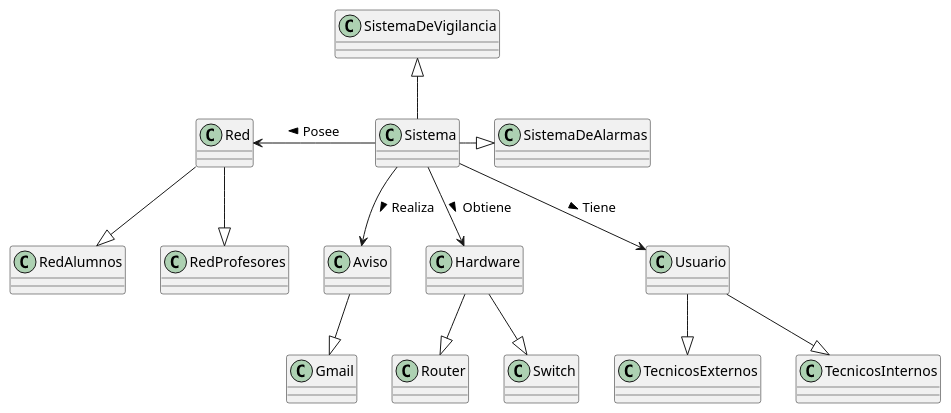
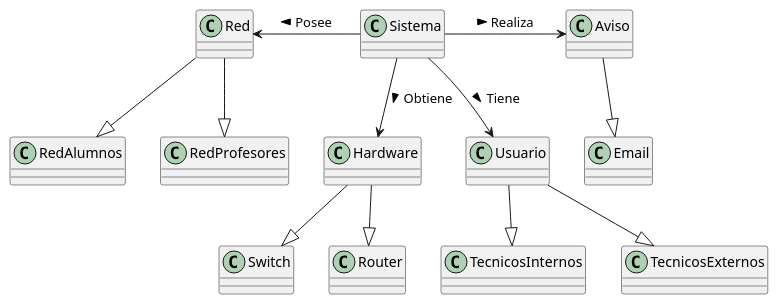
Before and after one commit to juanixcopal/proyect_IdSw: the diagram in proyecto/proyecto.plantuml, drawn with PlantUML.

```diff
--- a/proyecto/proyecto.plantuml
+++ b/proyecto/proyecto.plantuml
@@ -1,29 +1,31 @@
 @startuml proyecto
 /' Diagrama de Clases -> Diagrama de Objetos -> Diagrama de estados '/
 
 class Red 
 class Sistema
 class Hardware
 class Usuario
 class Aviso
 
 Sistema -l-> Red : Posee >
 Sistema --> Hardware : Obtiene >
 Sistema --> Usuario : Tiene >
-Sistema --> Aviso : Realiza >
+Sistema -r-> Aviso : Realiza >
 
+/'
 Sistema -u-|> SistemaDeVigilancia
 Sistema -r-|> SistemaDeAlarmas
+'/
 
 Red --|> RedAlumnos
 Red --|> RedProfesores
 
 Hardware --|> Switch
 Hardware --|> Router
 
-Aviso --|> Gmail
+Aviso --|> Email
 
 Usuario --|> TecnicosInternos
 Usuario --|> TecnicosExternos
 
 @enduml
```
